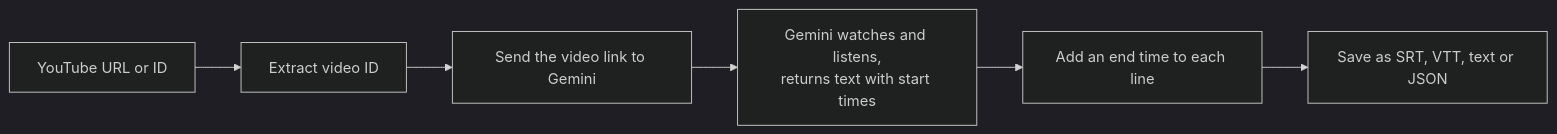
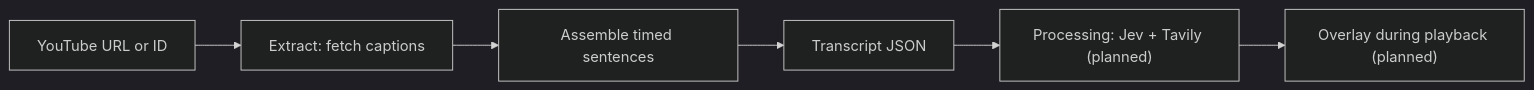
Before and after one commit to twbraam/pila: the diagram in README.md, drawn with Mermaid (dark theme). The commit also changed other lines of this file and 17 other files, not shown here.

````diff
--- a/README.md
+++ b/README.md
@@ -44,8 +29,8 @@
 ```mermaid
 flowchart LR
-    A["YouTube URL or ID"] --> B["Extract video ID"]
-    B --> C["Send the video link to Gemini"]
-    C --> D["Gemini watches and listens,<br/>returns text with start times"]
-    D --> E["Add an end time to each line"]
-    E --> F["Save as SRT, VTT, text or JSON"]
+    A["YouTube URL or ID"] --> B["Extract: fetch captions"]
+    B --> C["Assemble timed sentences"]
+    C --> D["Transcript JSON"]
+    D --> E["Processing: Jev + Tavily (planned)"]
+    E --> F["Overlay during playback (planned)"]
 ```
````
